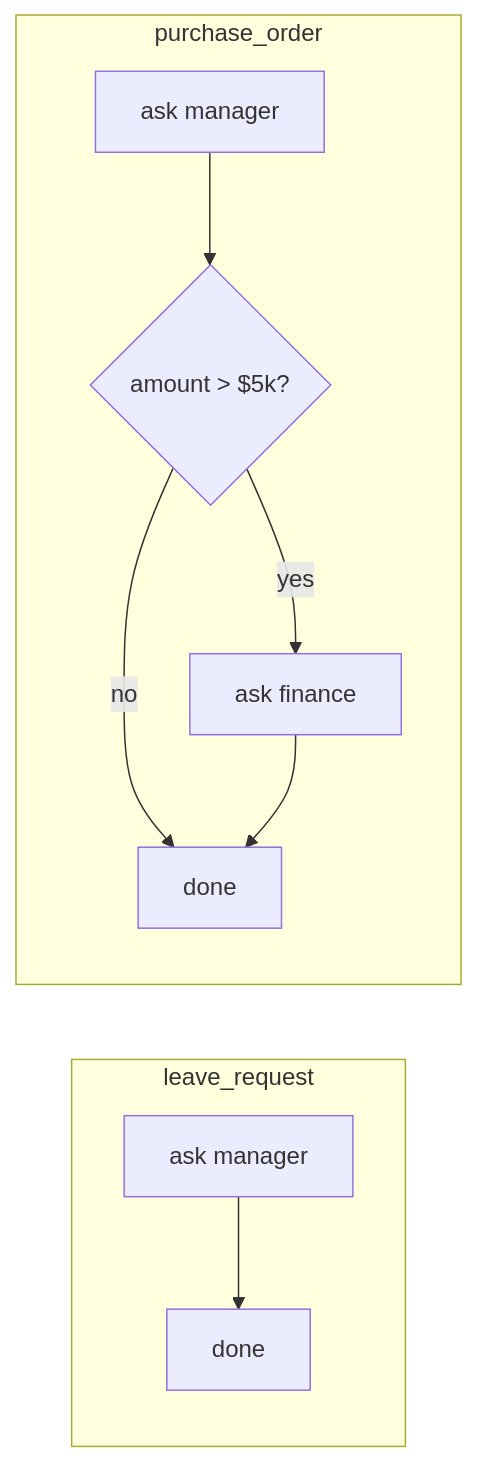
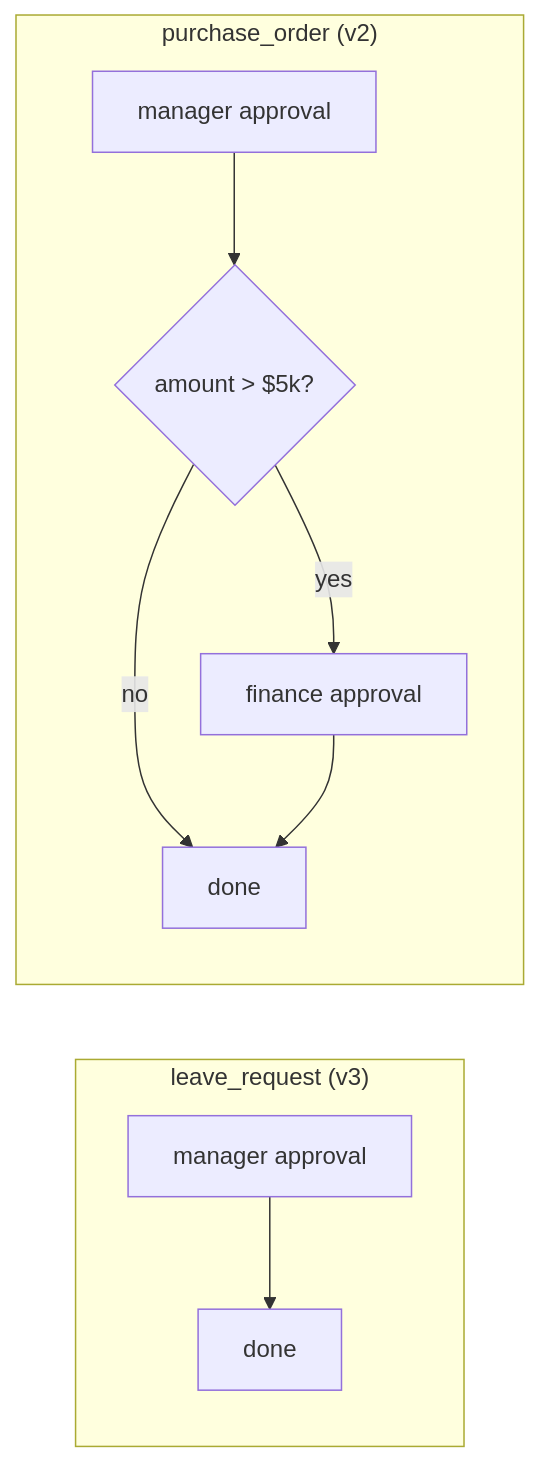
One commit to shiningflash/system-design changed the third of 12 diagrams in problems/011-approval-management/question.md. Above: the diagram before and after it, drawn with Mermaid. The commit also changed other lines of this file and 37 other files, not shown here.

````diff
--- a/problems/011-approval-management/question.md
+++ b/problems/011-approval-management/question.md
@@ -171,12 +141,12 @@
 ```mermaid
 flowchart LR
-    subgraph LR1["leave_request"]
-        L1[ask manager] --> L2[done]
+    subgraph A["leave_request (v3)"]
+        L1[manager approval] --> L2[done]
     end
-    subgraph PO["purchase_order"]
-        P1[ask manager] --> P2{amount > $5k?}
-        P2 -- yes --> P3[ask finance]
+    subgraph B["purchase_order (v2)"]
+        P1[manager approval] --> P2{amount > $5k?}
+        P2 -- yes --> P3[finance approval]
         P2 -- no --> P4[done]
         P3 --> P4
     end
 ```
````
